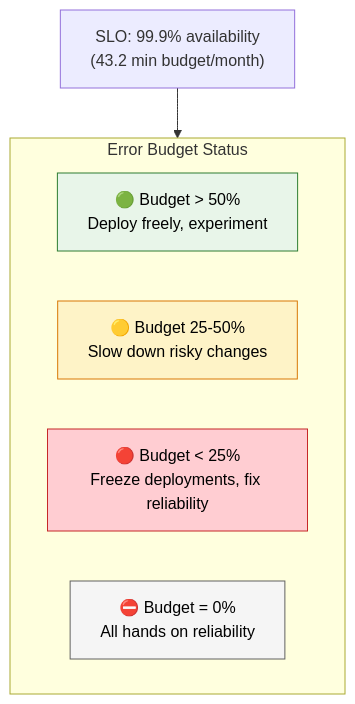
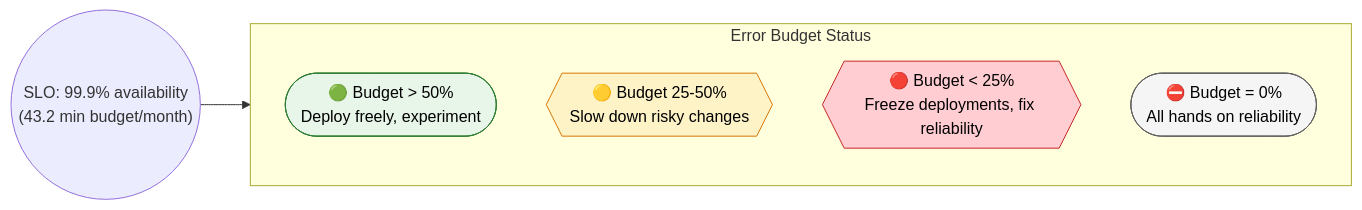
One commit to saivamsikaruturi/vamsilabs-dev-notes-main changed the sixth of 7 diagrams in docs/microservices/logging-monitoring.md. Above: the diagram before and after it, drawn with Mermaid. The commit also changed other lines of this file and 146 other files, not shown here.

Commit message:
Horizontal diagrams, UML class diagrams, typography overhaul, and permalink cleanup

````diff
--- a/docs/microservices/logging-monitoring.md
+++ b/docs/microservices/logging-monitoring.md
@@ -689,18 +689,18 @@
 ```mermaid
-flowchart TD
-    SLO["SLO: 99.9% availability<br/>(43.2 min budget/month)"]
+flowchart LR
+    SLO(("SLO: 99.9% availability<br/>(43.2 min budget/month)"))
     
     subgraph Budget["Error Budget Status"]
-        Healthy["🟢 Budget > 50%<br/>Deploy freely, experiment"]
-        Warning["🟡 Budget 25-50%<br/>Slow down risky changes"]
-        Critical["🔴 Budget < 25%<br/>Freeze deployments, fix reliability"]
-        Exhausted["⛔ Budget = 0%<br/>All hands on reliability"]
+        Healthy(["🟢 Budget > 50%<br/>Deploy freely, experiment"])
+        Warning{{"🟡 Budget 25-50%<br/>Slow down risky changes"}}
+        Critical{{"🔴 Budget < 25%<br/>Freeze deployments, fix reliability"}}
+        Exhausted(["⛔ Budget = 0%<br/>All hands on reliability"])
     end
     
     SLO --> Budget
 
     style Healthy fill:#E8F5E9,stroke:#2E7D32,color:#000
     style Warning fill:#FEF3C7,stroke:#D97706,color:#000
     style Critical fill:#FFCDD2,stroke:#C62828,color:#000
     style Exhausted fill:#F5F5F5,stroke:#616161,color:#000
 ```
````
